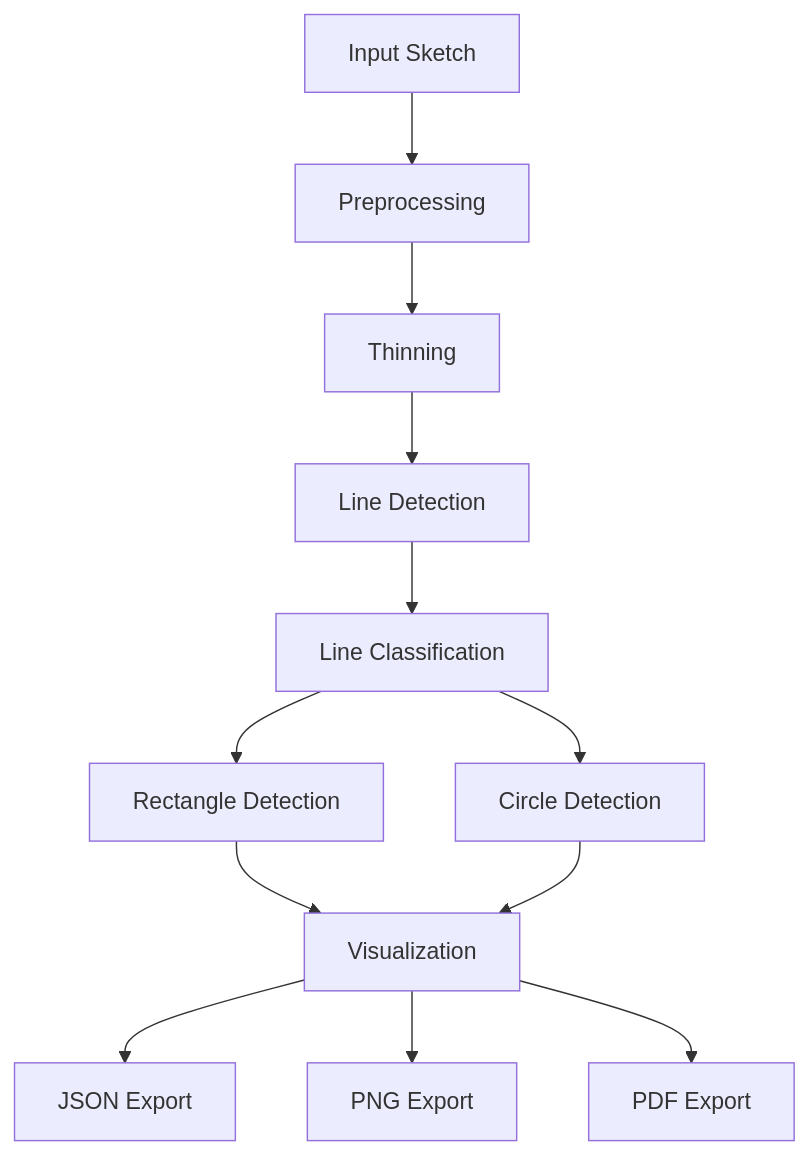
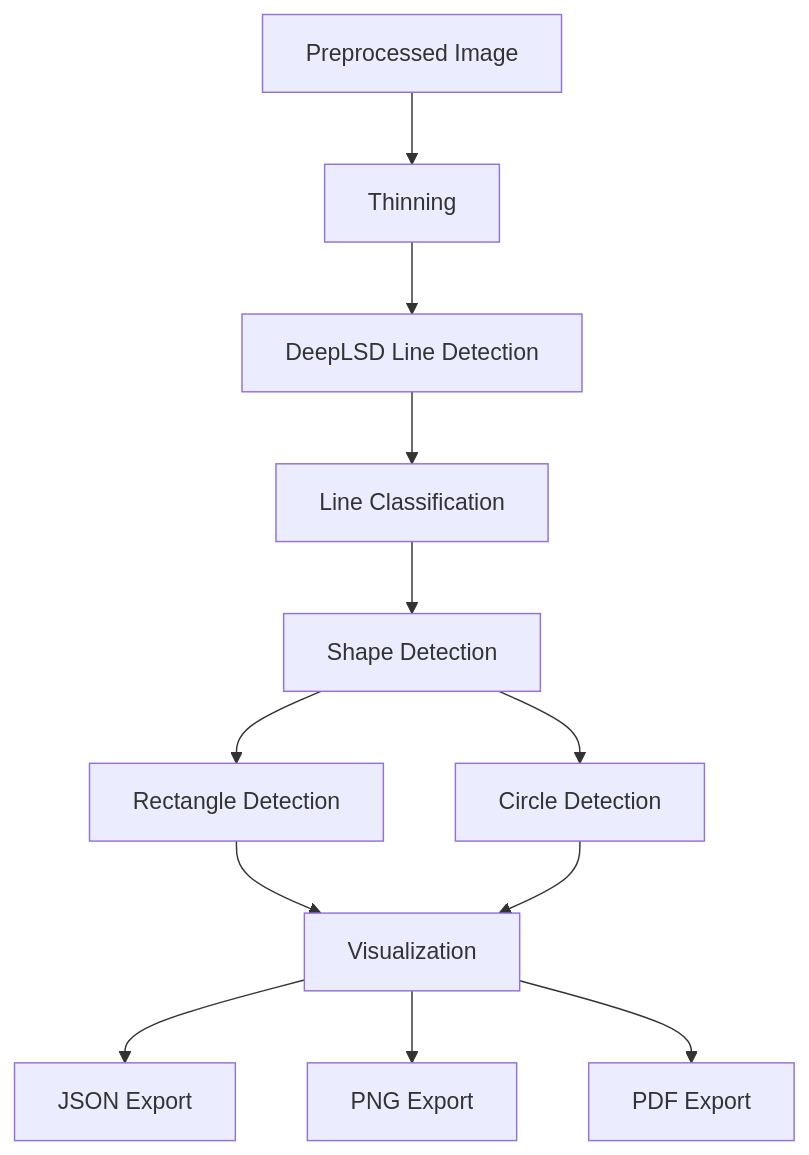
One commit to tomaszbielNCI/Intelligent_Sketch2CAD changed the second of 2 diagrams in README.md. Above: the diagram before and after it, drawn with Mermaid. The commit also changed other lines of this file and 1 other file, not shown here.

First line of the commit message:
Update README and diagrams with current pipeline architecture

````diff
--- a/README.md
+++ b/README.md
@@ -44,14 +73,14 @@
 ```mermaid
 graph TD
-    A[Input Sketch] --> B[Preprocessing]
-    B --> C[Thinning]
-    C --> D[Line Detection]
-    D --> E[Line Classification]
+    A[Preprocessed Image] --> B[Thinning]
+    B --> C[DeepLSD Line Detection]
+    C --> D[Line Classification]
+    D --> E[Shape Detection]
     E --> F[Rectangle Detection]
     E --> G[Circle Detection]
     F --> H[Visualization]
     G --> H
     H --> I[JSON Export]
     H --> J[PNG Export]
     H --> K[PDF Export]
 ```
````
